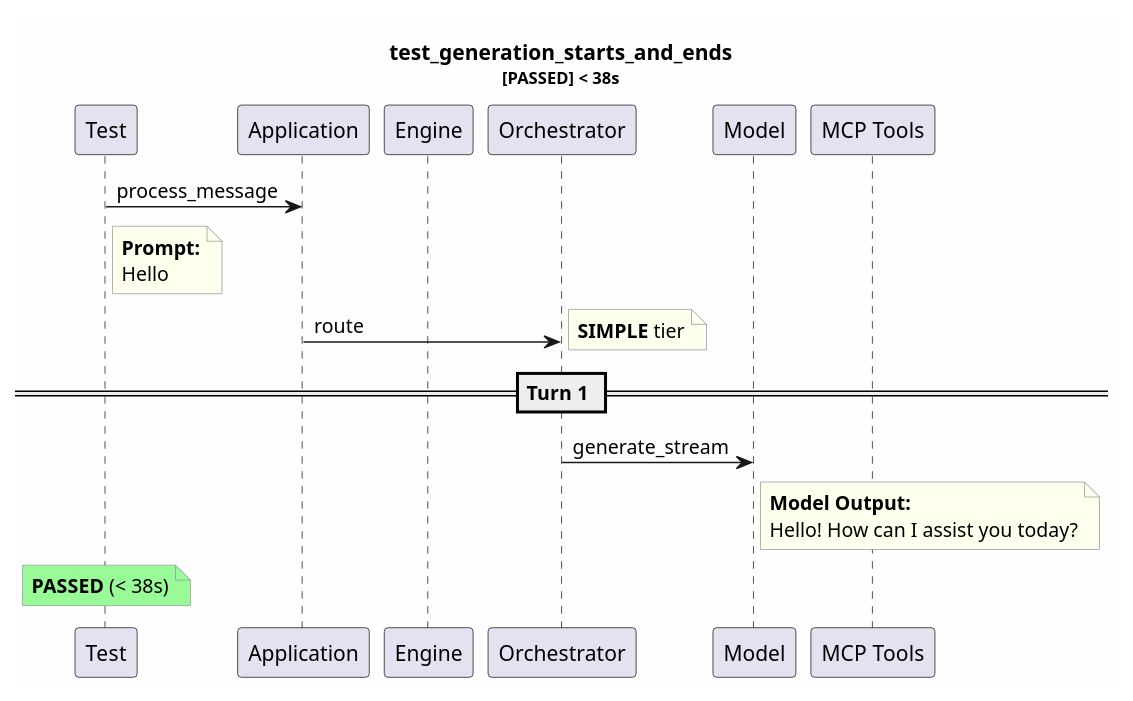
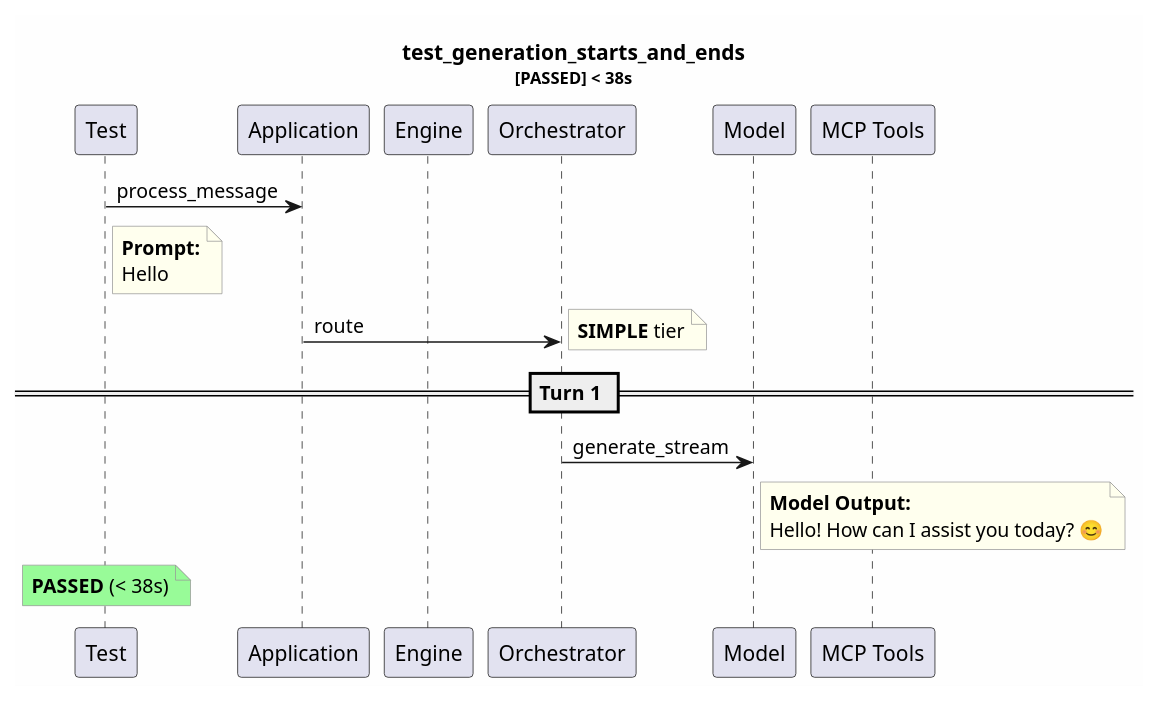
One commit to tvanfossen/entropic changed the diagram in test-reports/logs/test_generation_starts_and_ends/test_generation_starts_and_ends.puml. Above: the diagram before and after it, drawn with PlantUML. The commit also changed 28 other files, not shown here.

```diff
--- a/test-reports/logs/test_generation_starts_and_ends/test_generation_starts_and_ends.puml
+++ b/test-reports/logs/test_generation_starts_and_ends/test_generation_starts_and_ends.puml
@@ -1,31 +1,31 @@
 @startuml
 skinparam backgroundColor #FEFEFE
 skinparam noteBorderColor #999999
 skinparam noteBackgroundColor #FFFFEE
 title test_generation_starts_and_ends\n<size:11>[PASSED] < 38s</size>
 
 participant "Test" as T
 participant "Application" as App
 participant "Engine" as Eng
 participant "Orchestrator" as Orch
 participant "Model" as Mdl
 participant "MCP Tools" as MCP
 
 T -> App: process_message
 note right of T
   **Prompt:**
   Hello
 end note
 App -> Orch: route
 note right: **SIMPLE** tier
 == Turn 1 ==
 Orch -> Mdl: generate_stream
 note right of Mdl
   **Model Output:**
-  Hello! How can I assist you today?
+  Hello! How can I assist you today? 😊
 end note
 note over T #palegreen
   **PASSED** (< 38s)
 end note
 
 @enduml
```
